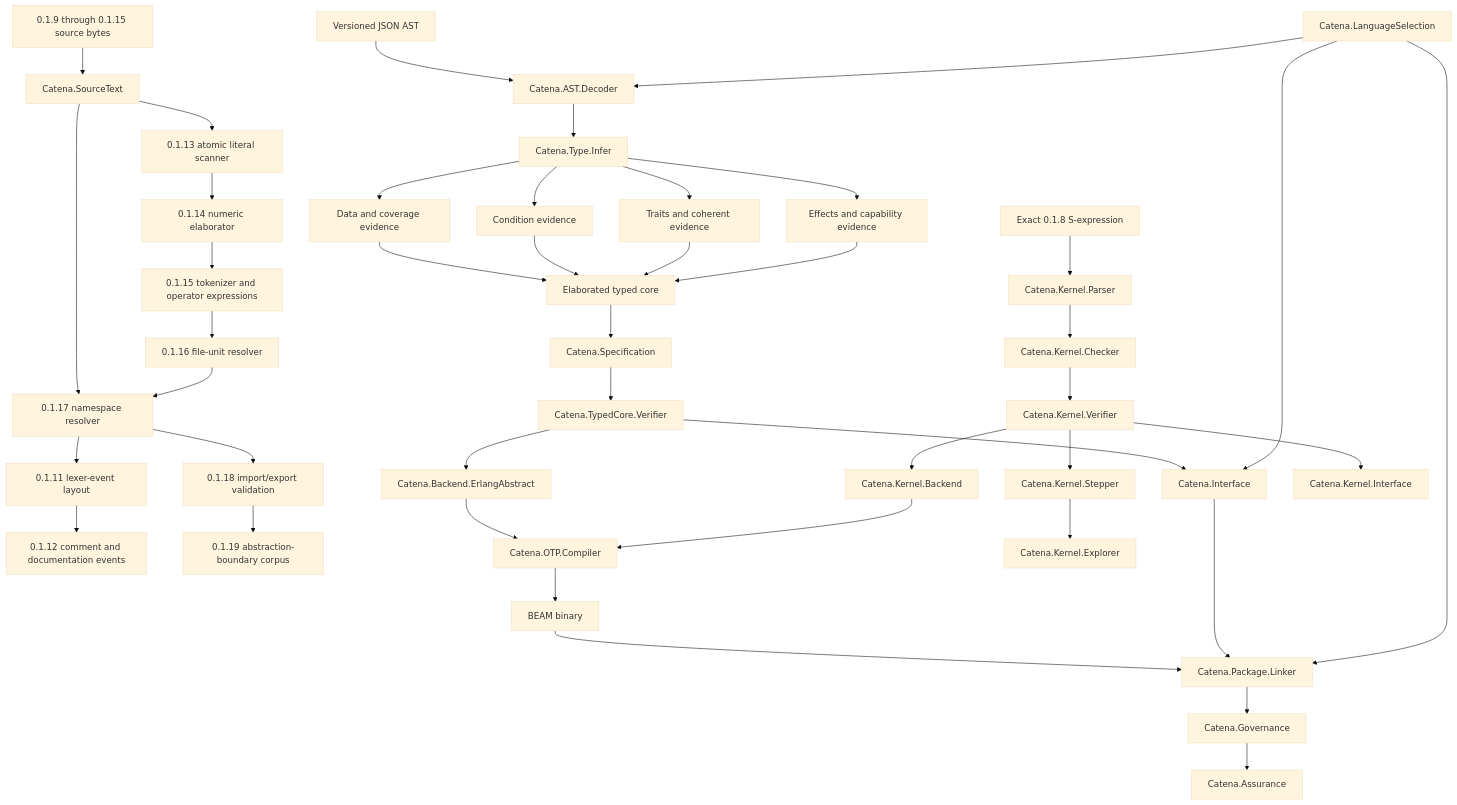
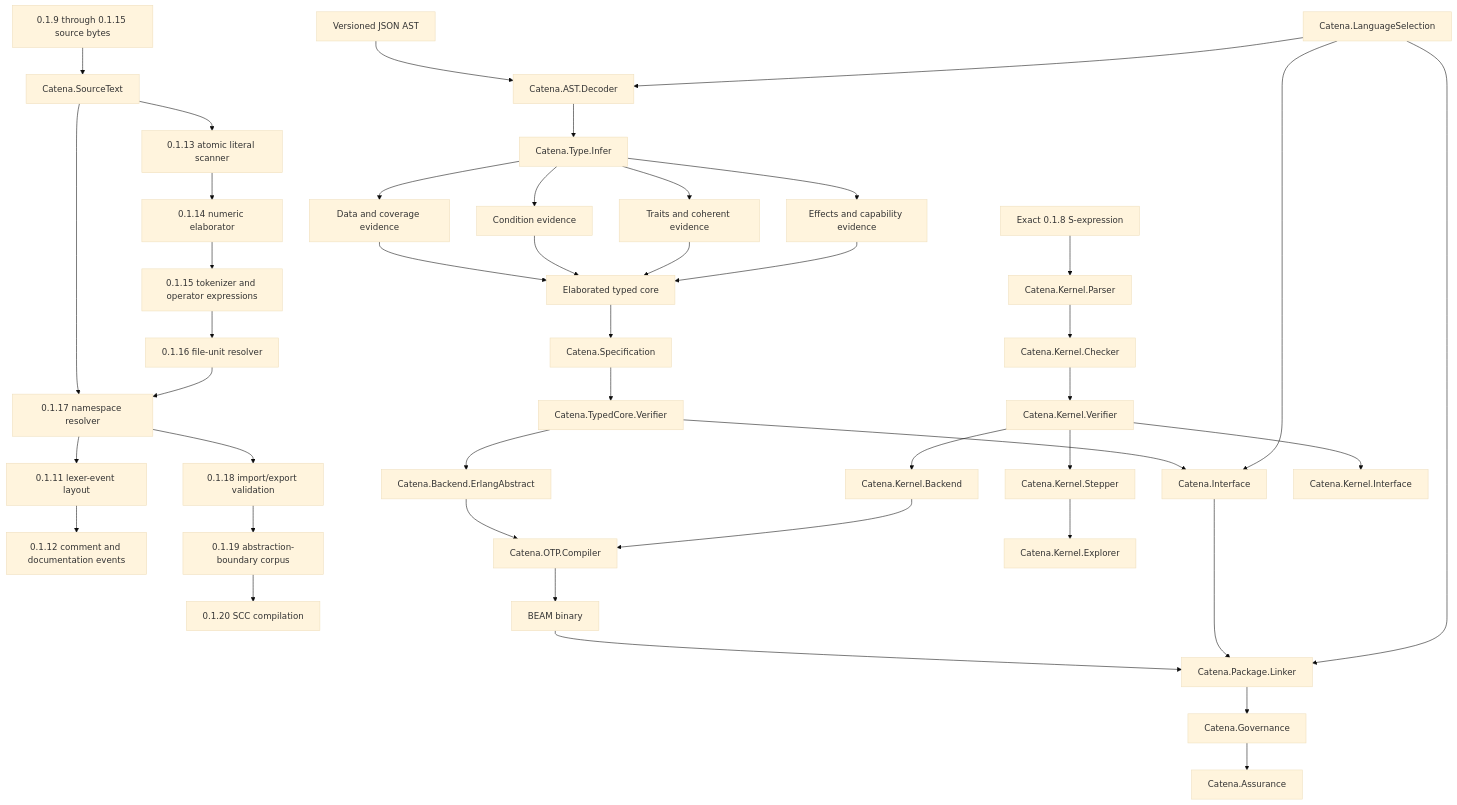
The diagram in guides/development/compiler-architecture.md (pcharbon70/catena), drawn with Mermaid (base theme) before and after one commit. The commit also changed other lines of this file and 31 other files, not shown here.

````diff
--- a/guides/development/compiler-architecture.md
+++ b/guides/development/compiler-architecture.md
@@ -46,46 +46,47 @@
 ```mermaid
 flowchart TD
     JSON[Versioned JSON AST] --> Decoder[Catena.AST.Decoder]
     Kernel[Exact 0.1.8 S-expression] --> KParser[Catena.Kernel.Parser]
     Source[0.1.9 through 0.1.15 source bytes] --> SourceText[Catena.SourceText]
     SourceText --> Names[Standalone 0.1.10 names]
     Names --> Layout[0.1.11 lexer-event layout]
     Layout --> Comments[0.1.12 comment and documentation events]
     SourceText --> Literals[0.1.13 atomic literal scanner]
     Literals --> Numeric[0.1.14 numeric elaborator]
     Numeric --> Tokens[0.1.15 tokenizer and operator expressions]
     Tokens --> FileUnits[0.1.16 file-unit resolver]
     FileUnits --> Names[0.1.17 namespace resolver]
     Names --> Imports[0.1.18 import/export validation]
     Imports --> Abstraction[0.1.19 abstraction-boundary corpus]
+    Abstraction --> Cycles[0.1.20 SCC compilation]
     Selection[Catena.LanguageSelection] --> Decoder
     Decoder --> Infer[Catena.Type.Infer]
     Infer --> Data[Data and coverage evidence]
     Infer --> Cond[Condition evidence]
     Infer --> Cat[Traits and coherent evidence]
     Infer --> FX[Effects and capability evidence]
     Data --> Core[Elaborated typed core]
     Cond --> Core
     Cat --> Core
     FX --> Core
     Core --> Spec[Catena.Specification]
     Spec --> Verify[Catena.TypedCore.Verifier]
     Verify --> Backend[Catena.Backend.ErlangAbstract]
     Backend --> OTP[Catena.OTP.Compiler]
     OTP --> Beam[BEAM binary]
     Verify --> Interface[Catena.Interface]
     KParser --> KCheck[Catena.Kernel.Checker]
     KCheck --> KVerify[Catena.Kernel.Verifier]
     KVerify --> KBackend[Catena.Kernel.Backend]
     KVerify --> Stepper[Catena.Kernel.Stepper]
     Stepper --> Explorer[Catena.Kernel.Explorer]
     KBackend --> OTP
     KVerify --> KInterface[Catena.Kernel.Interface]
 
     Beam --> Linker[Catena.Package.Linker]
     Interface --> Linker
     Selection --> Interface
     Selection --> Linker
     Linker --> Governance[Catena.Governance]
     Governance --> Assurance[Catena.Assurance]
 ```
````
